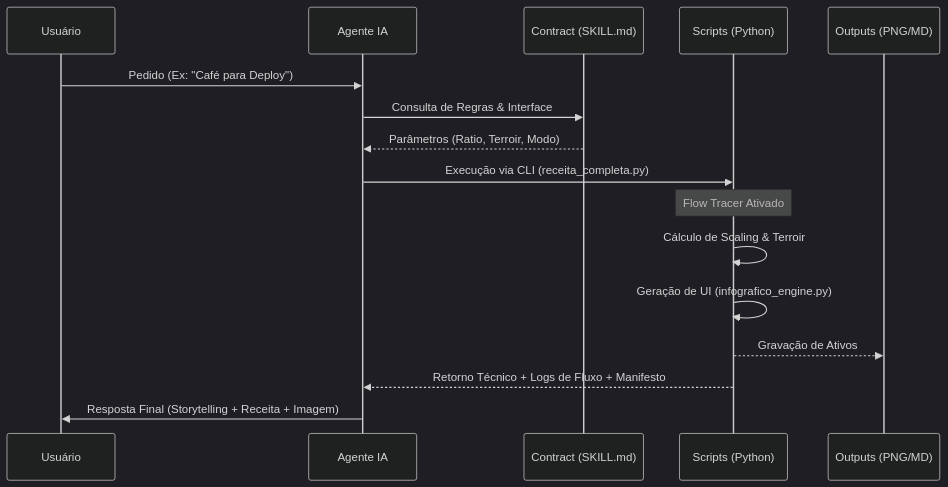
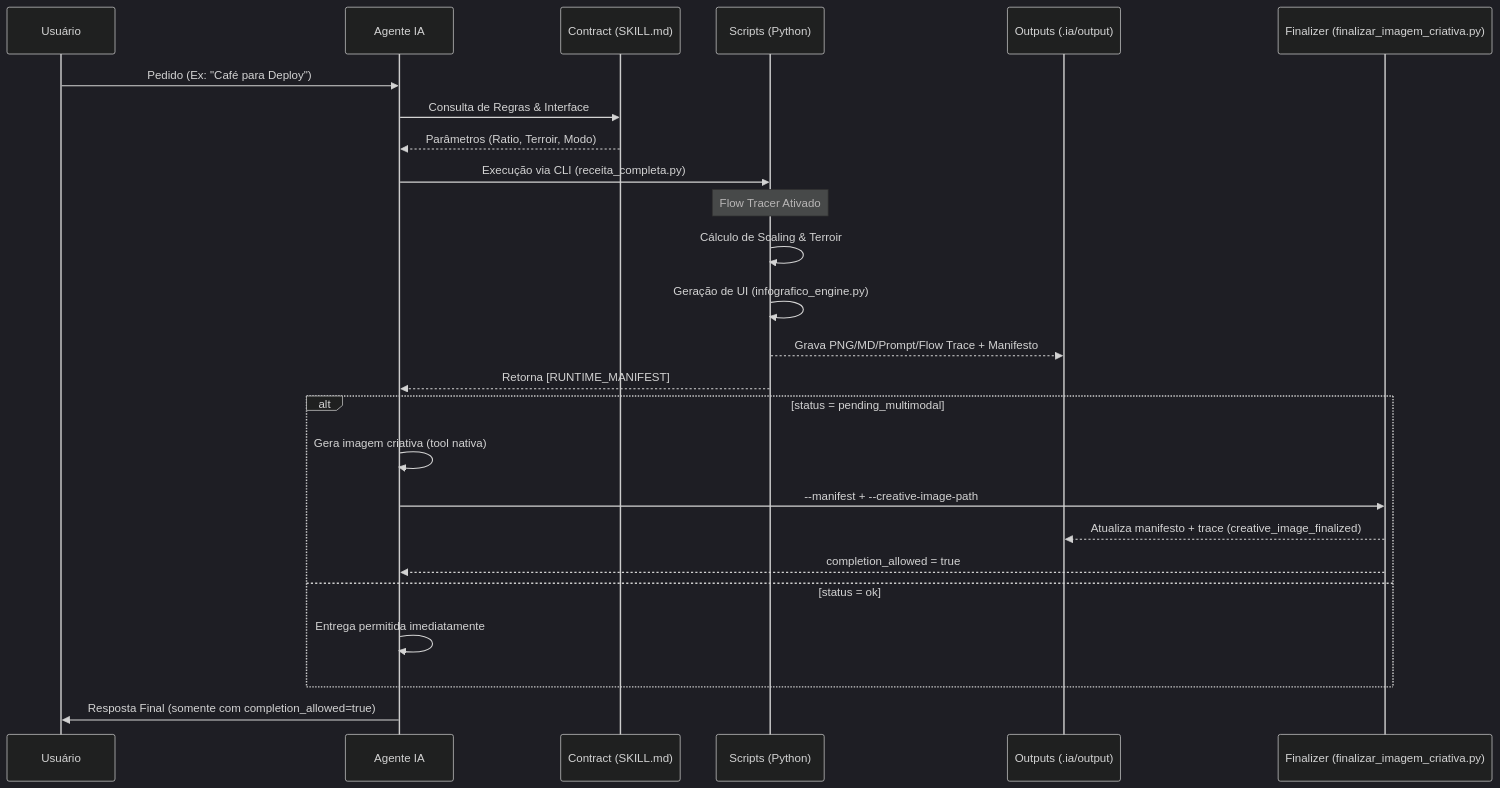
One commit to malvesro/cafe-skill changed the first of 2 diagrams in README.md. Above: the diagram before and after it, drawn with Mermaid (dark theme). The commit also changed other lines of this file and 2 other files, not shown here.

Commit message:
docs(diagrams): 🧩 atualiza fluxos e sincroniza microtarefas

````diff
--- a/README.md
+++ b/README.md
@@ -14,19 +14,28 @@
 ```mermaid
 sequenceDiagram
     participant U as Usuário
     participant A as Agente IA
     participant C as Contract (SKILL.md)
     participant S as Scripts (Python)
-    participant O as Outputs (PNG/MD)
+    participant O as Outputs (.ia/output)
+    participant F as Finalizer (finalizar_imagem_criativa.py)
 
     U->>A: Pedido (Ex: "Café para Deploy")
     A->>C: Consulta de Regras & Interface
     C-->>A: Parâmetros (Ratio, Terroir, Modo)
     A->>S: Execução via CLI (receita_completa.py)
     Note over S: Flow Tracer Ativado
     S->>S: Cálculo de Scaling & Terroir
     S->>S: Geração de UI (infografico_engine.py)
-    S-->>O: Gravação de Ativos
-    S-->>A: Retorno Técnico + Logs de Fluxo + Manifesto
-    A->>U: Resposta Final (Storytelling + Receita + Imagem)
+    S-->>O: Grava PNG/MD/Prompt/Flow Trace + Manifesto
+    S-->>A: Retorna [RUNTIME_MANIFEST]
+    alt status = pending_multimodal
+        A->>A: Gera imagem criativa (tool nativa)
+        A->>F: --manifest + --creative-image-path
+        F-->>O: Atualiza manifesto + trace (creative_image_finalized)
+        F-->>A: completion_allowed = true
+    else status = ok
+        A->>A: Entrega permitida imediatamente
+    end
+    A->>U: Resposta Final (somente com completion_allowed=true)
 ```
````
